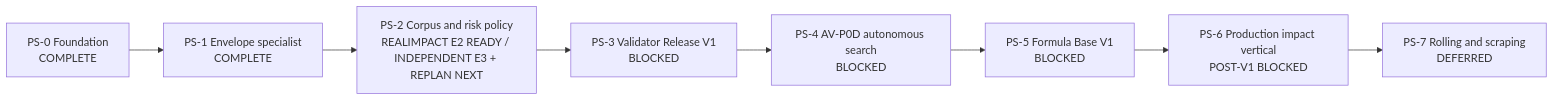
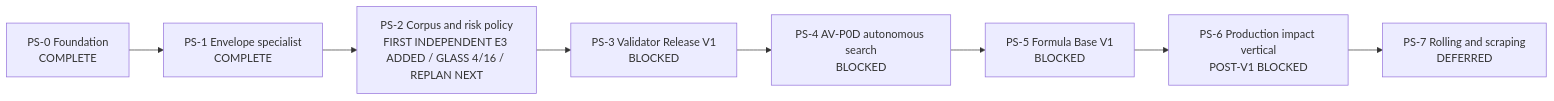
The diagram in docs/plans/physical-sound-synthesis-roadmap.md (kaifaty/NextEngine), drawn with Mermaid before and after one commit. The commit also changed other lines of this file and 16 other files, not shown here.

````diff
--- a/docs/plans/physical-sound-synthesis-roadmap.md
+++ b/docs/plans/physical-sound-synthesis-roadmap.md
@@ -94,10 +94,10 @@
 ```mermaid
 flowchart LR
     PS0["PS-0 Foundation<br/>COMPLETE"] --> PS1["PS-1 Envelope specialist<br/>COMPLETE"]
-    PS1 --> PS2["PS-2 Corpus and risk policy<br/>REALIMPACT E2 READY / INDEPENDENT E3 + REPLAN NEXT"]
+    PS1 --> PS2["PS-2 Corpus and risk policy<br/>FIRST INDEPENDENT E3 ADDED / GLASS 4/16 / REPLAN NEXT"]
     PS2 --> PS3["PS-3 Validator Release V1<br/>BLOCKED"]
     PS3 --> PS4["PS-4 AV-P0D autonomous search<br/>BLOCKED"]
     PS4 --> PS5["PS-5 Formula Base V1<br/>BLOCKED"]
     PS5 --> PS6["PS-6 Production impact vertical<br/>POST-V1 BLOCKED"]
     PS6 --> PS7["PS-7 Rolling and scraping<br/>DEFERRED"]
 ```
````
